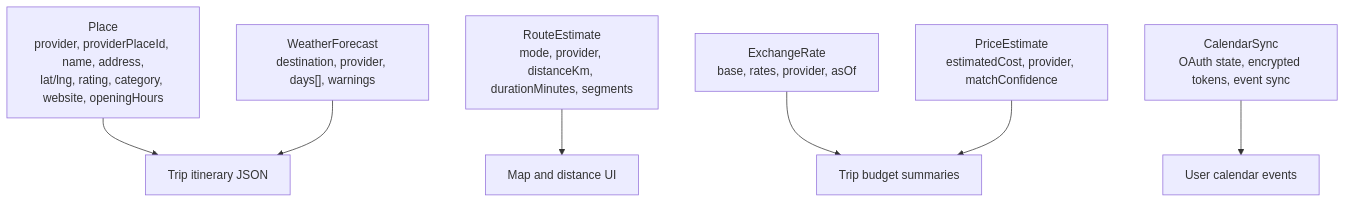
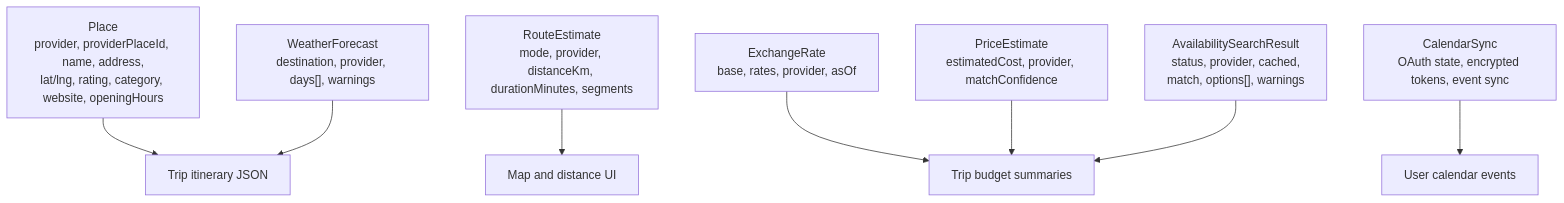
The second of 2 diagrams in services/external-integrations-service/README.md (KovalenkoDima236961/Travel_Ai_App), drawn with Mermaid before and after one commit. The commit also changed other lines of this file and 44 other files, not shown here.

````diff
--- a/services/external-integrations-service/README.md
+++ b/services/external-integrations-service/README.md
@@ -84,16 +90,18 @@
 ```mermaid
 flowchart TD
     Place["Place<br/>provider, providerPlaceId, name, address,<br/>lat/lng, rating, category, website, openingHours"]
     Route["RouteEstimate<br/>mode, provider, distanceKm, durationMinutes, segments"]
     Weather["WeatherForecast<br/>destination, provider, days[], warnings"]
     Rate["ExchangeRate<br/>base, rates, provider, asOf"]
     Price["PriceEstimate<br/>estimatedCost, provider, matchConfidence"]
+    Availability["AvailabilitySearchResult<br/>status, provider, cached,<br/>match, options[], warnings"]
     Calendar["CalendarSync<br/>OAuth state, encrypted tokens, event sync"]
 
     Place --> Trip["Trip itinerary JSON"]
     Route --> Web["Map and distance UI"]
     Weather --> Trip
     Rate --> Budget["Trip budget summaries"]
     Price --> Budget
+    Availability --> Budget
     Calendar --> Google["User calendar events"]
 ```
````
